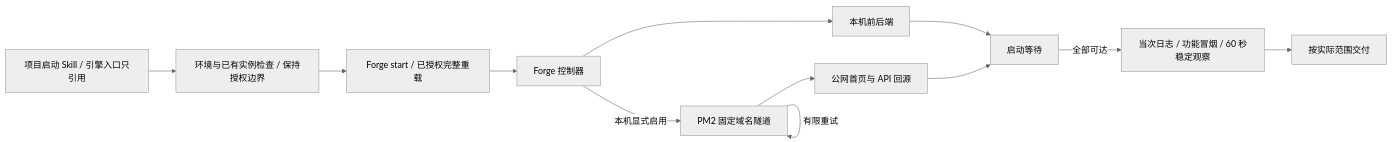
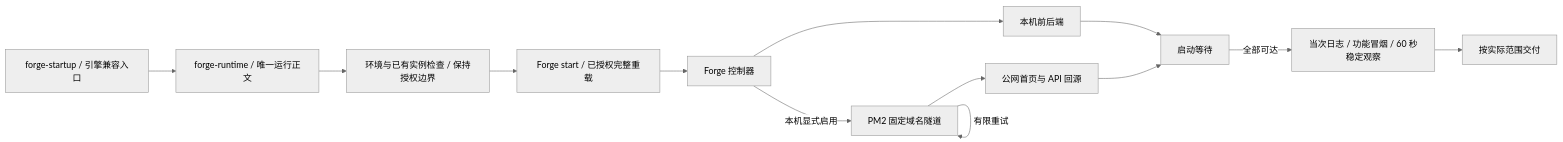
Before and after one commit to exception-coder/kai-toolbox: diagram 33 of 44 in docs/ai-coding-architecture.md, drawn with Mermaid (neutral theme). The commit also changed other lines of this file and 22 other files, not shown here.

````diff
--- a/docs/ai-coding-architecture.md
+++ b/docs/ai-coding-architecture.md
@@ -872,13 +872,14 @@
 ```mermaid
 flowchart LR
-    GUIDE["项目启动 Skill / 引擎入口只引用"] --> CHECK["环境与已有实例检查 / 保持授权边界"]
+    GUIDE["forge-startup / 引擎兼容入口"] --> RUNBOOK["forge-runtime / 唯一运行正文"]
+    RUNBOOK --> CHECK["环境与已有实例检查 / 保持授权边界"]
     CHECK --> START["Forge start / 已授权完整重载"]
     START --> CTRL["Forge 控制器"]
     CTRL --> APP["本机前后端"]
     CTRL -->|本机显式启用| TUNNEL["PM2 固定域名隧道"]
     TUNNEL -->|有限重试| TUNNEL
     APP --> READY["启动等待"]
     TUNNEL --> PUBLIC["公网首页与 API 回源"] --> READY
     READY -->|全部可达| VERIFY["当次日志 / 功能冒烟 / 60 秒稳定观察"]
     VERIFY --> SUCCESS["按实际范围交付"]
 ```
````
